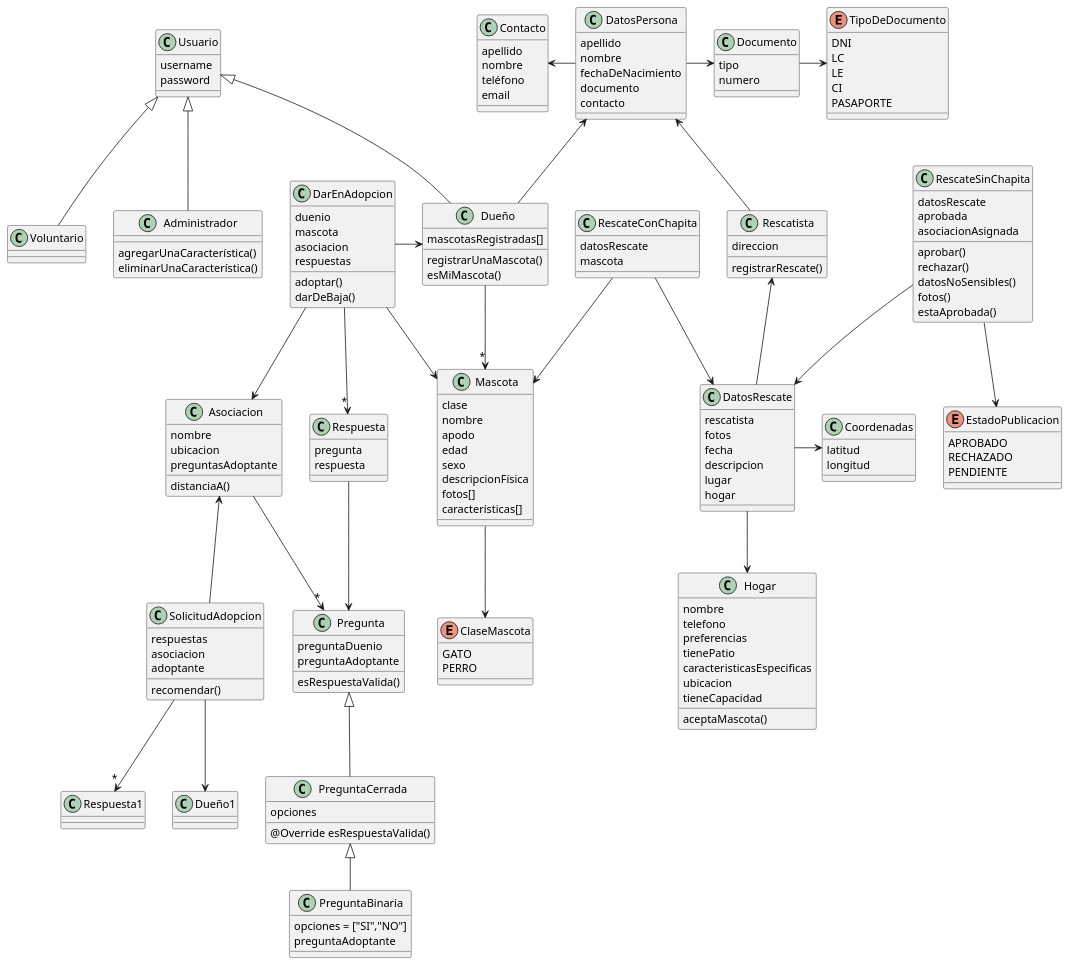
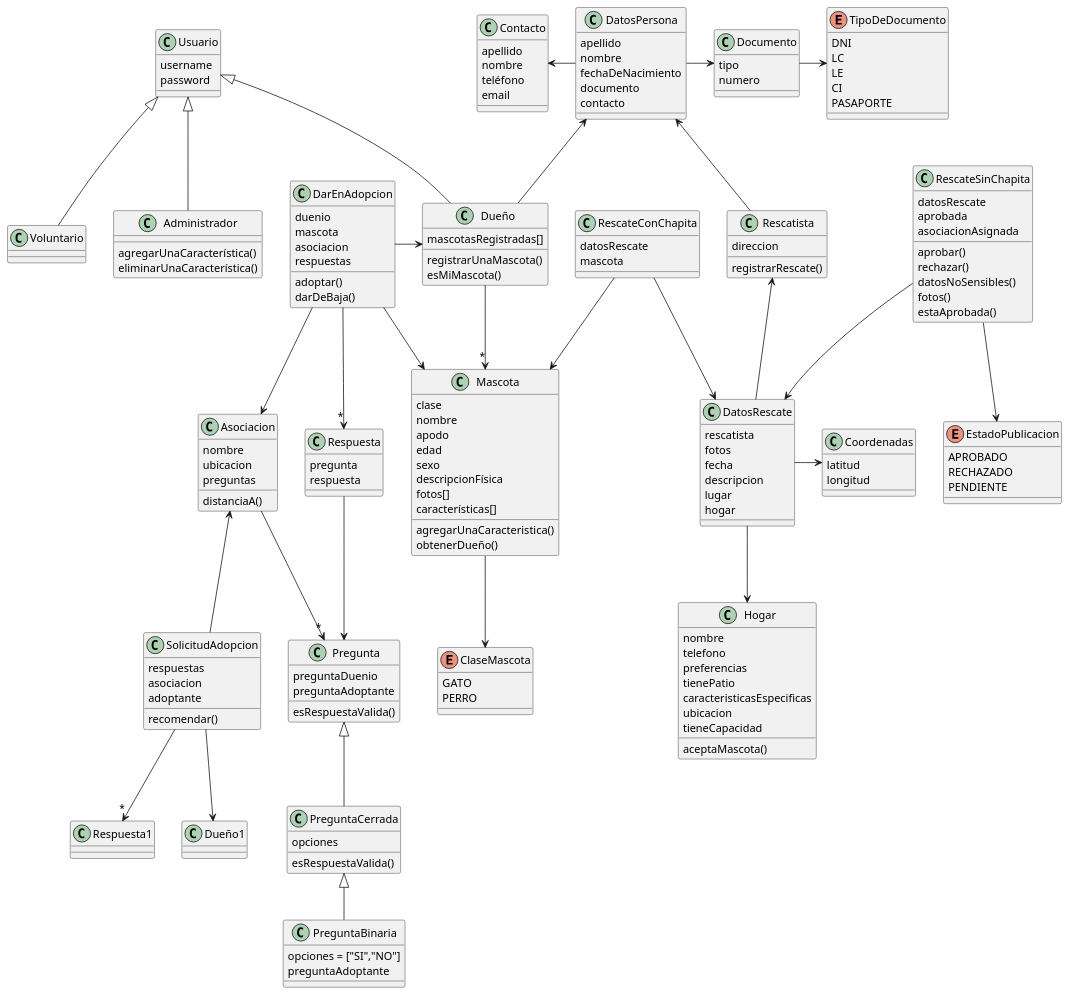
The diagram in diagramas/dominio.plantuml (aleeherasimiuk/RescateDePatitas), drawn with PlantUML before and after one commit.

Commit message:
Minor fixes - DDC

```diff
--- a/diagramas/dominio.plantuml
+++ b/diagramas/dominio.plantuml
@@ -16,6 +16,8 @@
   descripcionFísica
   fotos[]
   características[]
+  agregarUnaCaracteristica()
+  obtenerDueño()
 }
 
 enum ClaseMascota{
@@ -130,7 +132,7 @@
 
 class PreguntaCerrada{
   opciones
-  @Override esRespuestaValida()
+  esRespuestaValida()
 }
 
 class PreguntaBinaria{
@@ -142,7 +144,6 @@
   pregunta
   respuesta
 }
-
 
 
 class DarEnAdopcion{
@@ -168,7 +169,7 @@
 class Asociacion{
   nombre
   ubicacion
-  preguntasAdoptante
+  preguntas
   distanciaA()
 }
 
@@ -200,7 +201,4 @@
 
 
 
-
-
-
 @enduml
```
